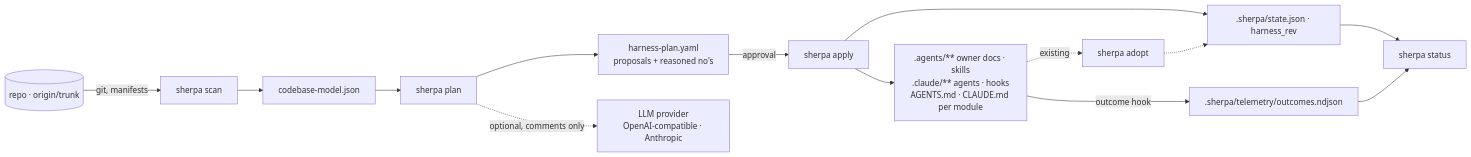
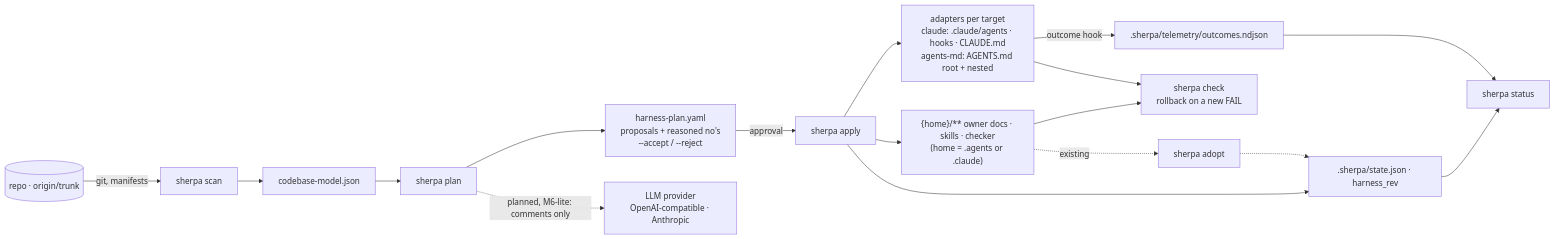
The diagram in README.md (sherparc/Sherpa), drawn with Mermaid before and after one commit. The commit also changed other lines of this file, not shown here.

Commit message:
README architecture section brought back to what ships: the neutral core under {home} with one adapter per target, sherpa check in the diagram, the LLM provider marked as planned for M6-lite, and the roadmap split into one row per open milestone in the order of plan §7.3. (#15)

````diff
--- a/README.md
+++ b/README.md
@@ -198,15 +198,18 @@
 ```mermaid
 flowchart LR
     R[(repo · origin/trunk)] -->|git, manifests| S[sherpa scan]
     S --> M[codebase-model.json]
     M --> P[sherpa plan]
-    P --> Y[harness-plan.yaml<br/>proposals + reasoned no's]
+    P --> Y[harness-plan.yaml<br/>proposals + reasoned no's<br/>--accept / --reject]
     Y -->|approval| A[sherpa apply]
-    A --> H[.agents/** owner docs · skills<br/>.claude/** agents · hooks<br/>AGENTS.md · CLAUDE.md per module]
+    A --> H["{home}/** owner docs · skills · checker<br/>(home = .agents or .claude)"]
+    A --> T["adapters per target<br/>claude: .claude/agents · hooks · CLAUDE.md<br/>agents-md: AGENTS.md root + nested"]
     A --> ST[.sherpa/state.json · harness_rev]
-    H -->|outcome hook| O[.sherpa/telemetry/outcomes.ndjson]
+    T -->|outcome hook| O[.sherpa/telemetry/outcomes.ndjson]
     ST --> Q[sherpa status]
     O --> Q
+    H --> C[sherpa check<br/>rollback on a new FAIL]
+    T --> C
     H -.->|existing| AD[sherpa adopt] -.-> ST
-    P -. optional, comments only .-> L[LLM provider<br/>OpenAI-compatible · Anthropic]
+    P -. planned, M6-lite: comments only .-> L[LLM provider<br/>OpenAI-compatible · Anthropic]
 ```
````
